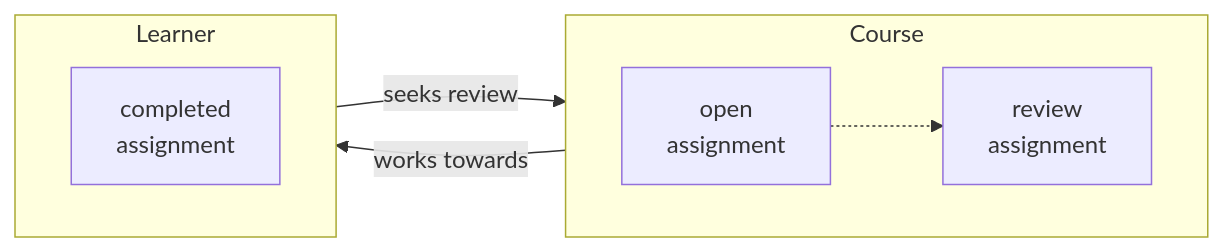
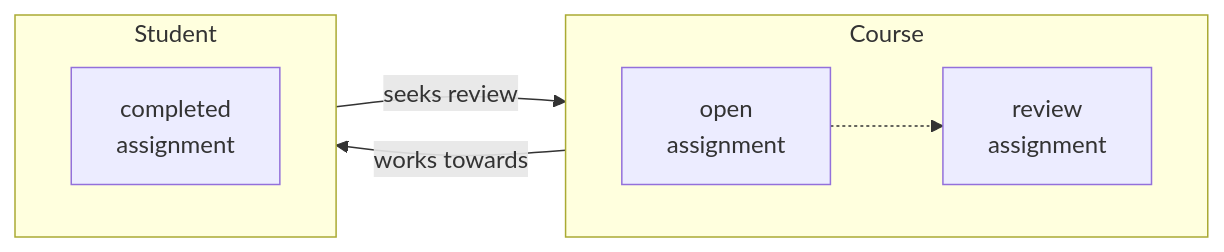
One commit to d33bs/set-website changed the first of 4 diagrams in _posts/2023-02-13-Branch-Review-and-Learn.md. Above: the diagram before and after it, drawn with Mermaid. The commit also changed other lines of this file, not shown here.

Commit message:
student and assignment language updates

```diff
--- a/_posts/2023-02-13-Branch-Review-and-Learn.md
+++ b/_posts/2023-02-13-Branch-Review-and-Learn.md
@@ -28,15 +28,15 @@
 <pre class="mermaid">
 flowchart LR
  subgraph Course
     direction LR
     open["open\nassignment"]
     turn_in["review\nassignment"]
   end
-  subgraph Learner ["&nbsp;&nbsp;&nbsp;&nbsp;&nbsp;Learner"]
+  subgraph Student ["&nbsp;&nbsp;&nbsp;&nbsp;&nbsp;Student"]
     direction LR
     work["completed\nassignment"]
   end
   open -.-> turn_in
   open --> |works towards| work
   work --> |seeks review| turn_in
 </pre>
```
